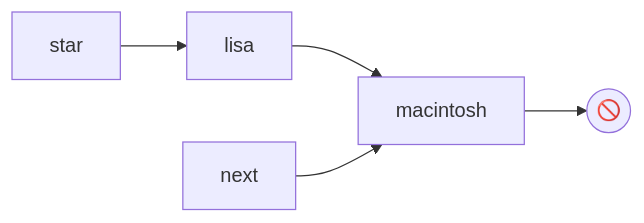
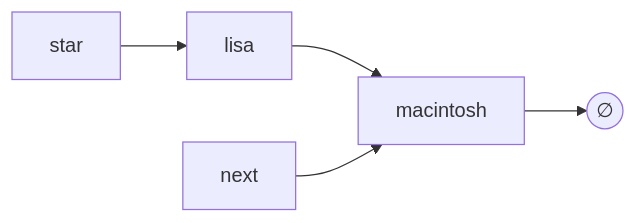
Before and after one commit to raganwald/raganwald.github.com: the first of 17 diagrams in _posts/2026-02-15-nuralagus-rex.md, drawn with Mermaid. The commit also changed other lines of this file, not shown here.

```diff
--- a/_posts/2026-02-15-nuralagus-rex.md
+++ b/_posts/2026-02-15-nuralagus-rex.md
@@ -27,5 +29,5 @@
 <div class="mermaid">
   graph LR
-    star-->lisa-->macintosh-->Empty(("🚫"))
+    star-->lisa-->macintosh-->Empty(("∅"))
     next-->macintosh
 </div>
```
